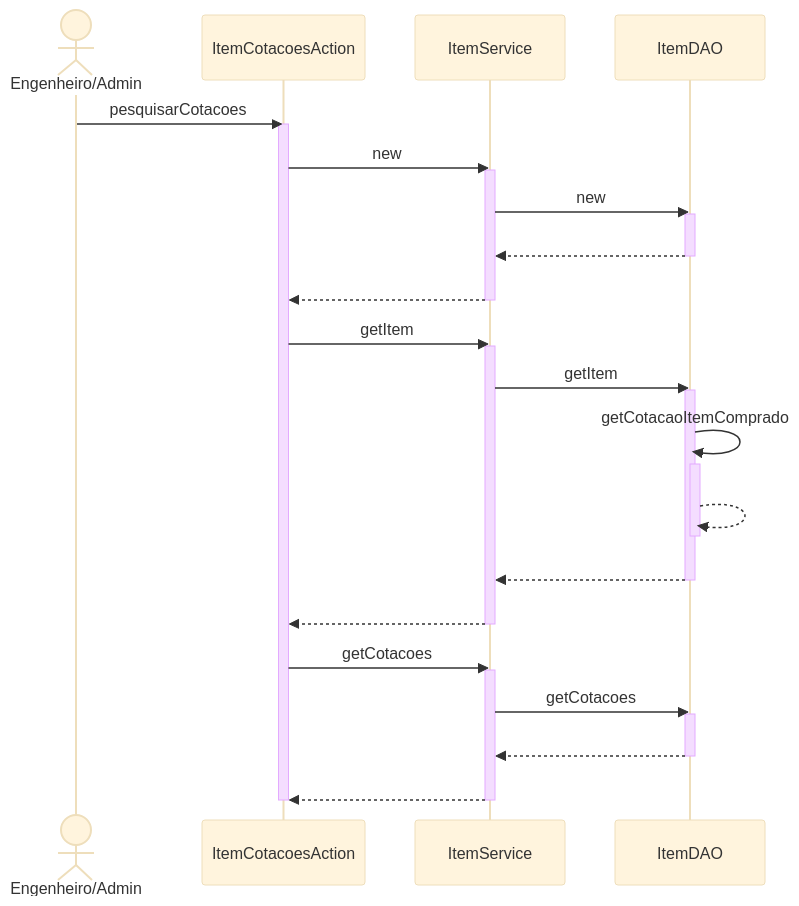
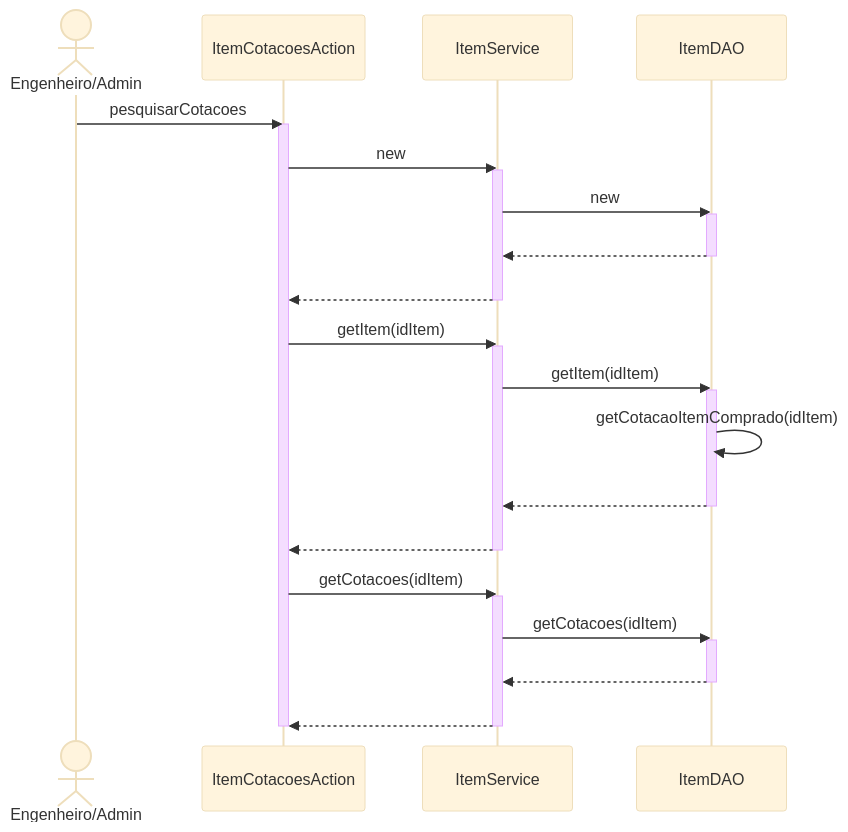
One commit to branqsMRP/SequenceDiagram changed the diagram in DiagramaSequencia/Novo Diagrama Sequencia/Item/Pesquisar Cotacoes.mmd. Above: the diagram before and after it, drawn with Mermaid (base theme). The commit also changed 5 other files, not shown here.

```diff
--- a/DiagramaSequencia/Novo Diagrama Sequencia/Item/Pesquisar Cotacoes.mmd
+++ b/DiagramaSequencia/Novo Diagrama Sequencia/Item/Pesquisar Cotacoes.mmd
@@ -1,33 +1,30 @@
 sequenceDiagram
 actor EA as Engenheiro/Admin
 EA ->> ItemCotacoesAction : pesquisarCotacoes
 activate ItemCotacoesAction
 ItemCotacoesAction ->> ItemService : new
 activate ItemService
 ItemService ->> ItemDAO : new
 activate ItemDAO
 ItemDAO -->> ItemService : #32; 
 deactivate ItemDAO
 ItemService -->> ItemCotacoesAction : #32; 
 deactivate ItemService
-ItemCotacoesAction ->> ItemService : getItem
+ItemCotacoesAction ->> ItemService : getItem(idItem)
 activate ItemService
-ItemService ->> ItemDAO : getItem
+ItemService ->> ItemDAO : getItem(idItem)
 activate ItemDAO
-ItemDAO ->> ItemDAO : getCotacaoItemComprado
-activate ItemDAO
-ItemDAO -->> ItemDAO : #32; 
-deactivate ItemDAO
+ItemDAO ->> ItemDAO : getCotacaoItemComprado(idItem)
 ItemDAO -->> ItemService : #32; 
 deactivate ItemDAO
 ItemService -->> ItemCotacoesAction : #32; 
 deactivate ItemService
-ItemCotacoesAction ->> ItemService : getCotacoes
+ItemCotacoesAction ->> ItemService : getCotacoes(idItem)
 activate ItemService
-ItemService ->> ItemDAO : getCotacoes
+ItemService ->> ItemDAO : getCotacoes(idItem)
 activate ItemDAO
 ItemDAO -->> ItemService : #32; 
 deactivate ItemDAO
 ItemService -->> ItemCotacoesAction : #32; 
 deactivate ItemService
 deactivate ItemCotacoesAction
```
